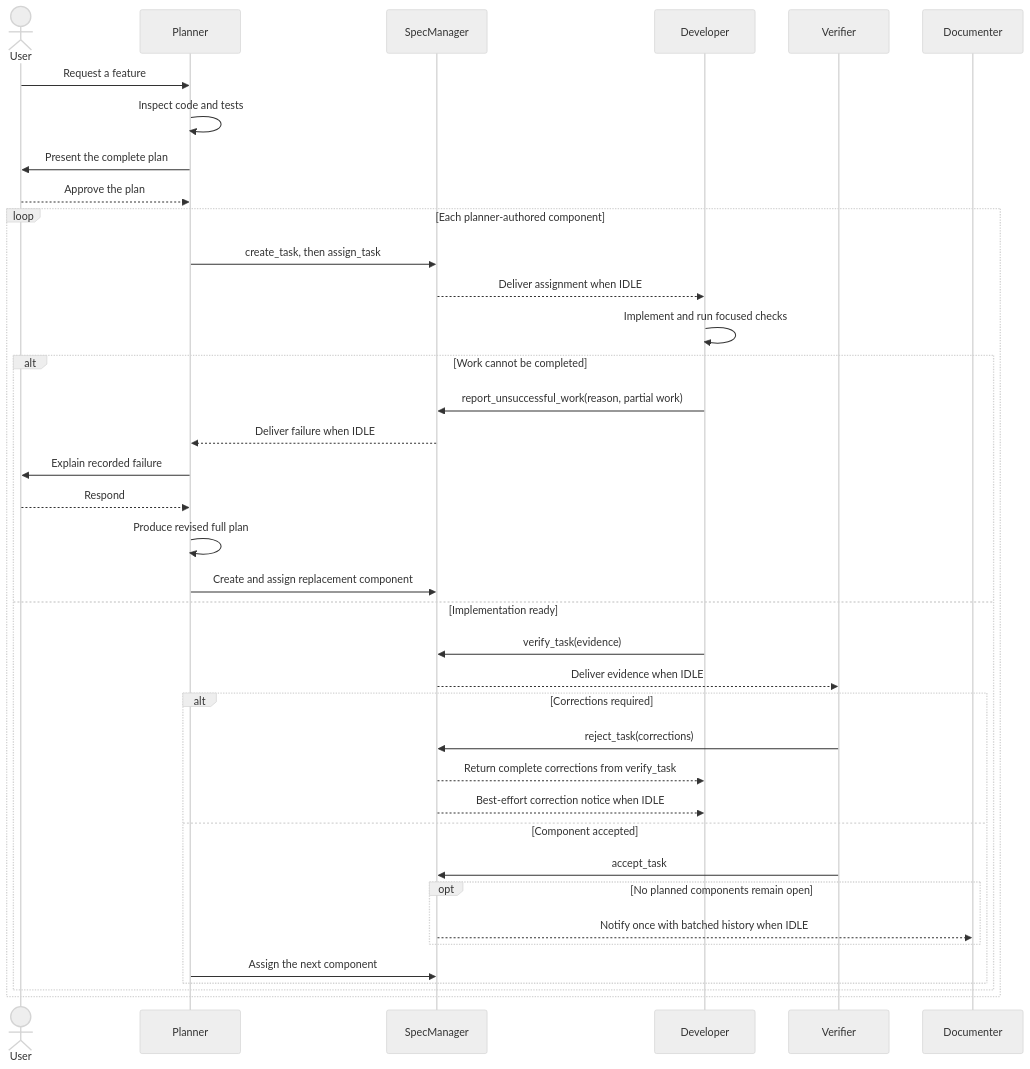
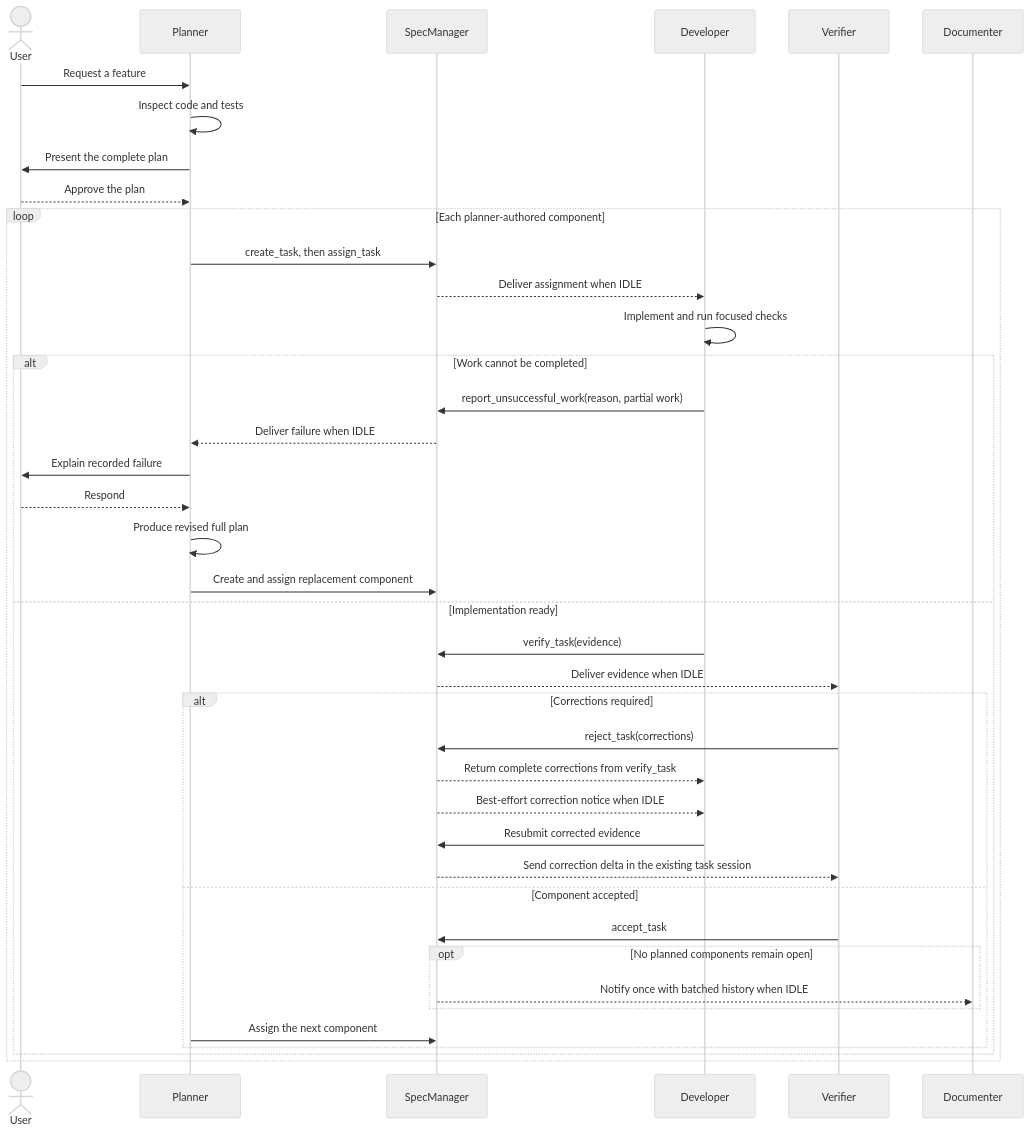
One commit to nullspace1/pairo-loops changed the diagram in example/SPEC_MANAGER_WORKFLOW.md. Above: the diagram before and after it, drawn with Mermaid (neutral theme). The commit also changed other lines of this file and 4 other files, not shown here.

Commit message:
feat(spec_manager): enhance task re-verification process with correction handling

````diff
--- a/example/SPEC_MANAGER_WORKFLOW.md
+++ b/example/SPEC_MANAGER_WORKFLOW.md
@@ -27,41 +27,43 @@
 ```mermaid
 sequenceDiagram
     actor User
     participant Planner
     participant SpecManager
     participant Developer
     participant Verifier
     participant Documenter
 
     User->>Planner: Request a feature
     Planner->>Planner: Inspect code and tests
     Planner->>User: Present the complete plan
     User-->>Planner: Approve the plan
     loop Each planner-authored component
         Planner->>SpecManager: create_task, then assign_task
         SpecManager-->>Developer: Deliver assignment when IDLE
         Developer->>Developer: Implement and run focused checks
         alt Work cannot be completed
             Developer->>SpecManager: report_unsuccessful_work(reason, partial work)
             SpecManager-->>Planner: Deliver failure when IDLE
             Planner->>User: Explain recorded failure
             User-->>Planner: Respond
             Planner->>Planner: Produce revised full plan
             Planner->>SpecManager: Create and assign replacement component
         else Implementation ready
             Developer->>SpecManager: verify_task(evidence)
             SpecManager-->>Verifier: Deliver evidence when IDLE
             alt Corrections required
                 Verifier->>SpecManager: reject_task(corrections)
                 SpecManager-->>Developer: Return complete corrections from verify_task
                 SpecManager-->>Developer: Best-effort correction notice when IDLE
+                Developer->>SpecManager: Resubmit corrected evidence
+                SpecManager-->>Verifier: Send correction delta in the existing task session
             else Component accepted
                 Verifier->>SpecManager: accept_task
                 opt No planned components remain open
                     SpecManager-->>Documenter: Notify once with batched history when IDLE
                 end
                 Planner->>SpecManager: Assign the next component
             end
         end
     end
 ```
````
